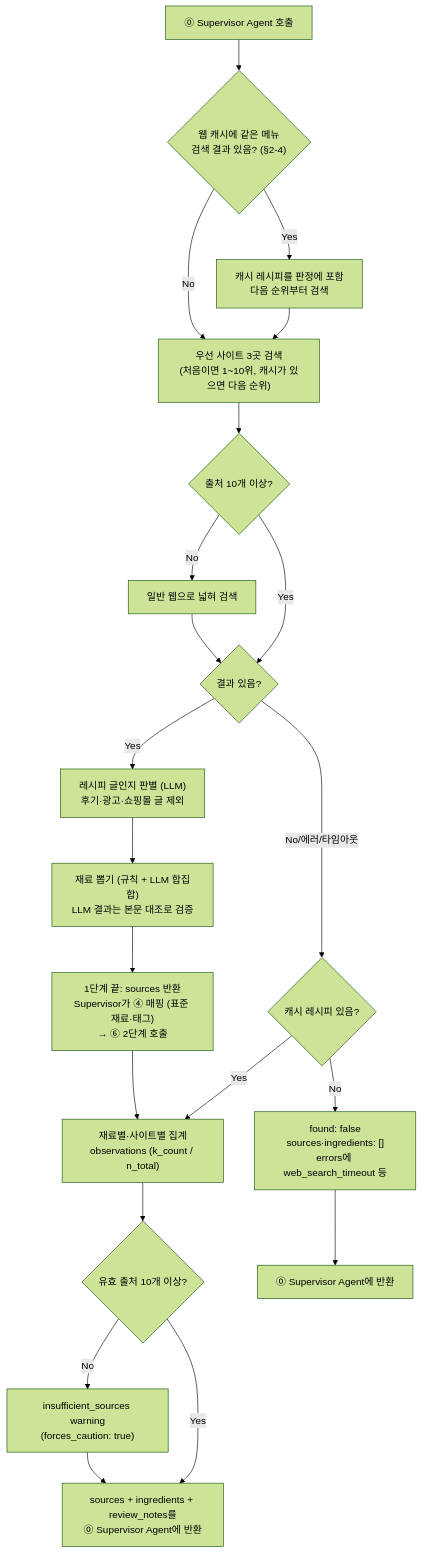
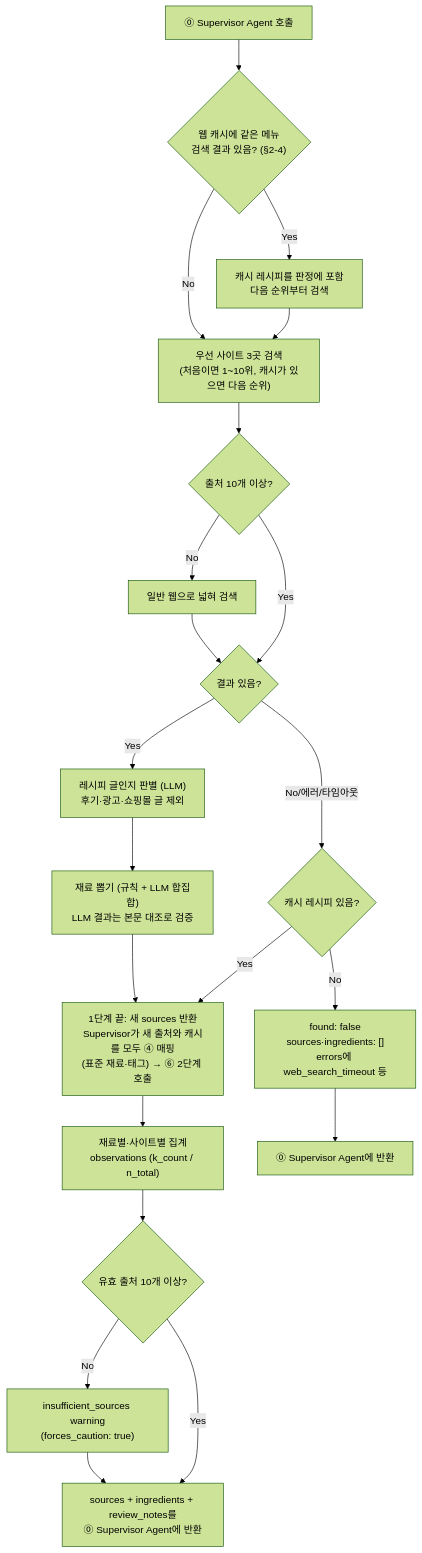
One commit to Han-Spoon/ai changed the second of 2 diagrams in docs/6-agent-websearch.md. Above: the diagram before and after it, drawn with Mermaid (forest theme). The commit also changed other lines of this file and 2 other files, not shown here.

````diff
--- a/docs/6-agent-websearch.md
+++ b/docs/6-agent-websearch.md
@@ -288,23 +288,23 @@
 ```mermaid
 flowchart TD
     S[⓪ Supervisor Agent 호출] --> CA{"웹 캐시에 같은 메뉴<br/>검색 결과 있음? (§2-4)"}
     CA -->|Yes| CR["캐시 레시피를 판정에 포함<br/>다음 순위부터 검색"]
     CR --> Q
     CA -->|No| Q["우선 사이트 3곳 검색<br/>(처음이면 1~10위, 캐시가 있으면 다음 순위)"]
     Q --> QE{"출처 10개 이상?"}
     QE -->|No| QG["일반 웹으로 넓혀 검색"]
     QE -->|Yes| R{결과 있음?}
     QG --> R
     R -->|No/에러/타임아웃| FC{"캐시 레시피 있음?"}
-    FC -->|Yes| AGG
+    FC -->|Yes| MAP
     FC -->|No| F["found: false<br/>sources·ingredients: []<br/>errors에 web_search_timeout 등"]
     R -->|Yes| RJ["레시피 글인지 판별 (LLM)<br/>후기·광고·쇼핑몰 글 제외"]
     RJ --> C["재료 뽑기 (규칙 + LLM 합집합)<br/>LLM 결과는 본문 대조로 검증"]
-    C --> MAP["1단계 끝: sources 반환<br/>Supervisor가 ④ 매핑 (표준 재료·태그)<br/>→ ⑥ 2단계 호출"]
+    C --> MAP["1단계 끝: 새 sources 반환<br/>Supervisor가 새 출처와 캐시를 모두 ④ 매핑<br/>(표준 재료·태그) → ⑥ 2단계 호출"]
     MAP --> AGG["재료별·사이트별 집계<br/>observations (k_count / n_total)"]
     AGG --> MIN{"유효 출처 10개 이상?"}
     MIN -->|No| W["insufficient_sources warning<br/>(forces_caution: true)"]
     MIN -->|Yes| OUT
     W --> OUT["sources + ingredients + review_notes를<br/>⓪ Supervisor Agent에 반환"]
     F --> OUT2[⓪ Supervisor Agent에 반환]
 ```
````
